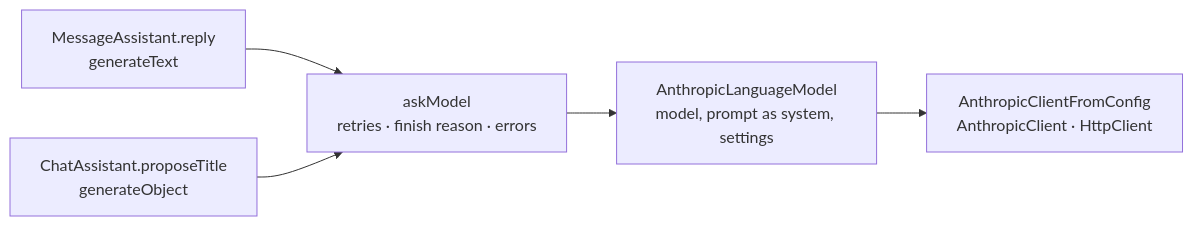
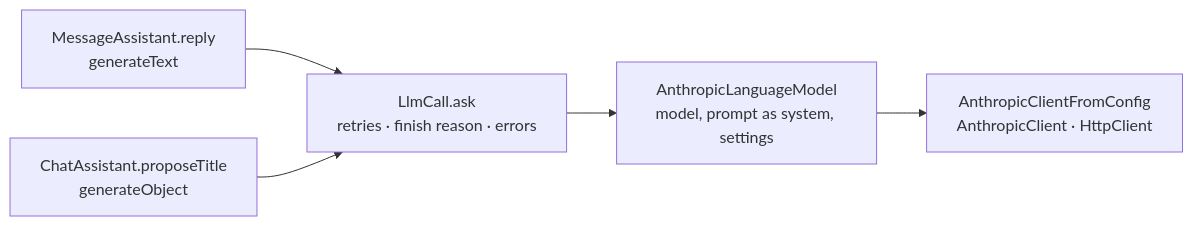
The diagram in docs/knowledge/ai.md (khotei/app-template), drawn with Mermaid before and after one commit. The commit also changed other lines of this file and 132 other files, not shown here.

````diff
--- a/docs/knowledge/ai.md
+++ b/docs/knowledge/ai.md
@@ -22,7 +22,7 @@
 ```mermaid
 graph LR
-  M["MessageAssistant.reply<br/>generateText"] --> R["askModel<br/>retries · finish reason · errors"]
+  M["MessageAssistant.reply<br/>generateText"] --> R["LlmCall.ask<br/>retries · finish reason · errors"]
   T["ChatAssistant.proposeTitle<br/>generateObject"] --> R
   R --> A["AnthropicLanguageModel<br/>model, prompt as system, settings"]
   A --> K["AnthropicClientFromConfig<br/>AnthropicClient · HttpClient"]
 ```
````
